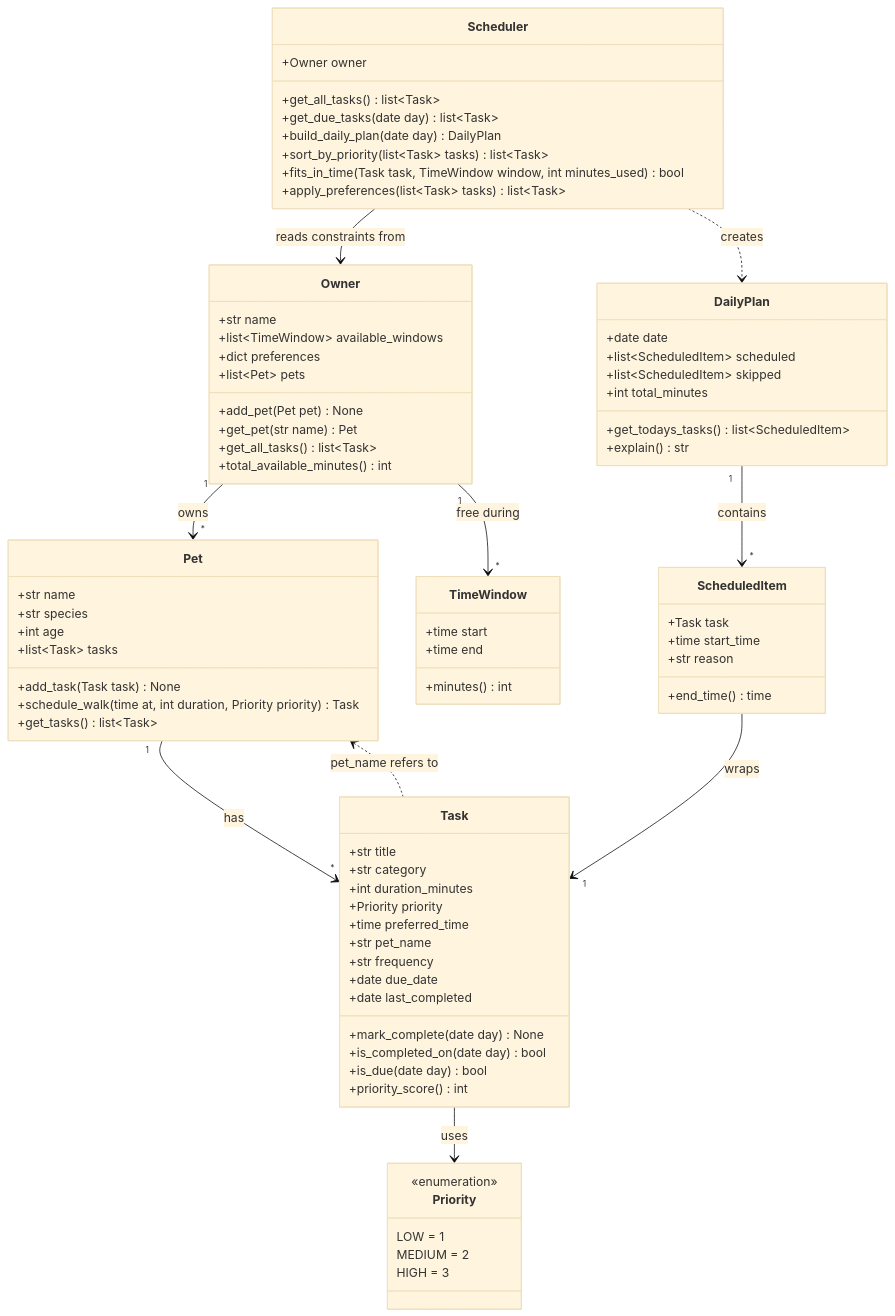
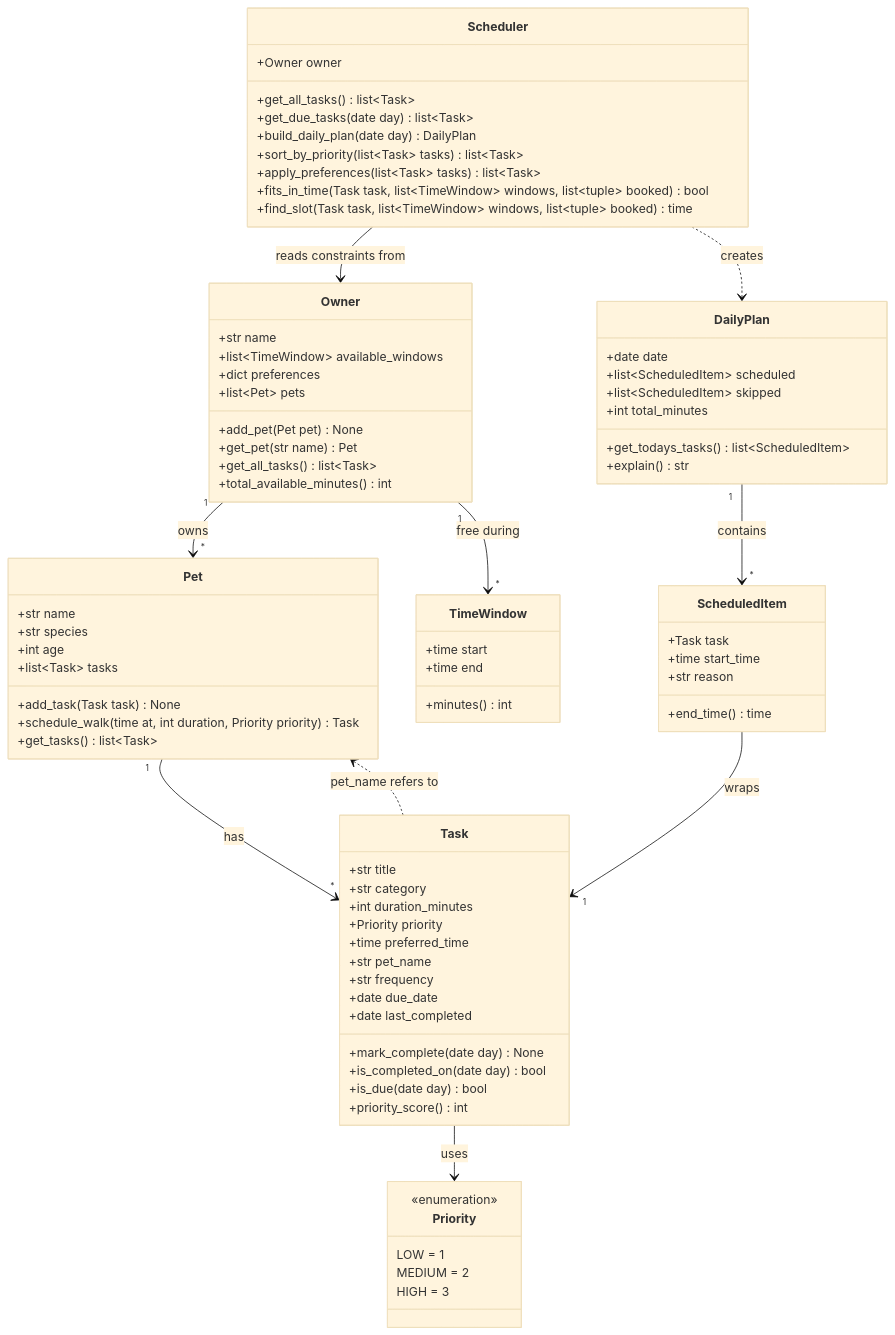
The diagram in diagrams/uml.mmd (BronsonChow/ai110-module2show-pawpal-starter), drawn with Mermaid (base theme) before and after one commit. The commit also changed 3 other files, not shown here.

```diff
--- a/diagrams/uml.mmd
+++ b/diagrams/uml.mmd
@@ -1,90 +1,91 @@
 classDiagram
     %% PawPal+ design
     %% Core actions: add a pet (Owner), schedule a walk / any task (Pet + Task),
     %% see today's tasks (Scheduler -> DailyPlan)
 
     class Priority {
         <<enumeration>>
         LOW = 1
         MEDIUM = 2
         HIGH = 3
     }
 
     class TimeWindow {
         +time start
         +time end
         +minutes() int
     }
 
     class Owner {
         +str name
         +list~TimeWindow~ available_windows
         +dict preferences
         +list~Pet~ pets
         +add_pet(Pet pet) None
         +get_pet(str name) Pet
         +get_all_tasks() list~Task~
         +total_available_minutes() int
     }
 
     class Pet {
         +str name
         +str species
         +int age
         +list~Task~ tasks
         +add_task(Task task) None
         +schedule_walk(time at, int duration, Priority priority) Task
         +get_tasks() list~Task~
     }
 
     class Task {
         +str title
         +str category
         +int duration_minutes
         +Priority priority
         +time preferred_time
         +str pet_name
         +str frequency
         +date due_date
         +date last_completed
         +mark_complete(date day) None
         +is_completed_on(date day) bool
         +is_due(date day) bool
         +priority_score() int
     }
 
     class Scheduler {
         +Owner owner
         +get_all_tasks() list~Task~
         +get_due_tasks(date day) list~Task~
         +build_daily_plan(date day) DailyPlan
         +sort_by_priority(list~Task~ tasks) list~Task~
-        +fits_in_time(Task task, TimeWindow window, int minutes_used) bool
         +apply_preferences(list~Task~ tasks) list~Task~
+        +fits_in_time(Task task, list~TimeWindow~ windows, list~tuple~ booked) bool
+        +find_slot(Task task, list~TimeWindow~ windows, list~tuple~ booked) time
     }
 
     class ScheduledItem {
         +Task task
         +time start_time
         +str reason
         +end_time() time
     }
 
     class DailyPlan {
         +date date
         +list~ScheduledItem~ scheduled
         +list~ScheduledItem~ skipped
         +int total_minutes
         +get_todays_tasks() list~ScheduledItem~
         +explain() str
     }
 
     Owner "1" --> "*" Pet : owns
     Owner "1" --> "*" TimeWindow : free during
     Pet "1" --> "*" Task : has
     Task --> Priority : uses
     Task ..> Pet : pet_name refers to
     Scheduler --> Owner : reads constraints from
     Scheduler ..> DailyPlan : creates
     DailyPlan "1" --> "*" ScheduledItem : contains
     ScheduledItem --> "1" Task : wraps
```
